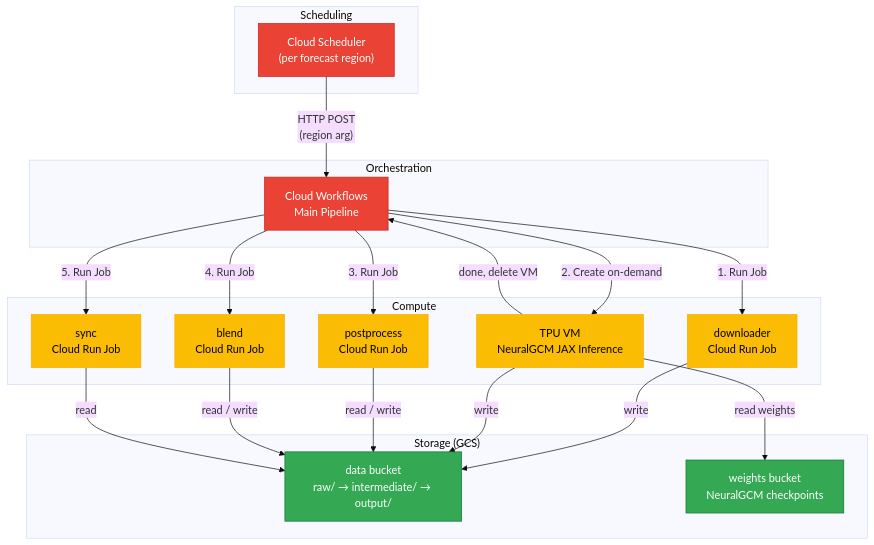
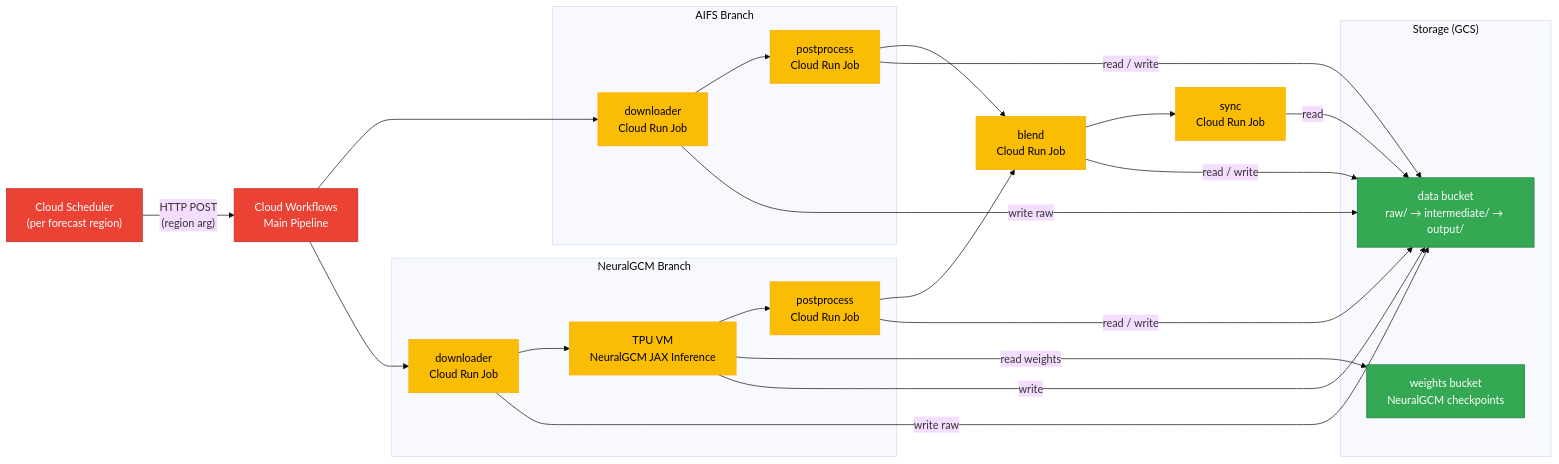
One commit to envfluids/monsoon-onset changed the diagram in CLOUD_ARCHITECTURE.md. Above: the diagram before and after it, drawn with Mermaid (base theme).

Commit message:
refine diagram

````diff
--- a/CLOUD_ARCHITECTURE.md
+++ b/CLOUD_ARCHITECTURE.md
@@ -5,40 +5,57 @@
 ```mermaid
-graph TD
-    subgraph Scheduling
-        Sched["Cloud Scheduler\n(per forecast region)"]
+graph LR
+    Sched["Cloud Scheduler\n(per forecast region)"]
+    Workflow["Cloud Workflows\nMain Pipeline"]
+
+    subgraph "AIFS Branch"
+        AIFSDownload["downloader\nCloud Run Job"]
+        AIFSPostprocess["postprocess\nCloud Run Job"]
     end
 
-    subgraph Orchestration
-        Sched -- "HTTP POST\n(region arg)" --> Workflow["Cloud Workflows\nMain Pipeline"]
+    subgraph "NeuralGCM Branch"
+        NGCMDownload["downloader\nCloud Run Job"]
+        TPU["TPU VM\nNeuralGCM JAX Inference"]
+        NGCMPostprocess["postprocess\nCloud Run Job"]
     end
 
-    subgraph "Compute"
-        Workflow -- "1. Run Job" --> Downloader["downloader\nCloud Run Job"]
-        Workflow -- "2. Create on-demand" --> TPU["TPU VM\nNeuralGCM JAX Inference"]
-        TPU -- "done, delete VM" --> Workflow
-        Workflow -- "3. Run Job" --> Postprocess["postprocess\nCloud Run Job"]
-        Workflow -- "4. Run Job" --> Blend["blend\nCloud Run Job"]
-        Workflow -- "5. Run Job" --> Sync["sync\nCloud Run Job"]
-    end
+    Blend["blend\nCloud Run Job"]
+    Sync["sync\nCloud Run Job"]
 
     subgraph "Storage (GCS)"
         MainBucket["data bucket\nraw/ → intermediate/ → output/"]
         WeightsBucket["weights bucket\nNeuralGCM checkpoints"]
     end
 
+    %% Orchestration
+    Sched -- "HTTP POST\n(region arg)" --> Workflow
+    Workflow --> AIFSDownload
+    Workflow --> NGCMDownload
+
+    %% AIFS branch
+    AIFSDownload --> AIFSPostprocess
+
+    %% NeuralGCM branch
+    NGCMDownload --> TPU
+    TPU --> NGCMPostprocess
+
+    %% Converge
+    AIFSPostprocess --> Blend
+    NGCMPostprocess --> Blend
+    Blend --> Sync
+
     %% Data flow
-    Downloader -- "write" --> MainBucket
+    AIFSDownload & NGCMDownload -- "write raw" --> MainBucket
     TPU -- "read weights" --> WeightsBucket
     TPU -- "write" --> MainBucket
-    Postprocess -- "read / write" --> MainBucket
+    AIFSPostprocess & NGCMPostprocess -- "read / write" --> MainBucket
     Blend -- "read / write" --> MainBucket
     Sync -- "read" --> MainBucket
 
 classDef storage fill:#34a853,color:#fff,stroke:#137333
 classDef compute fill:#fbbc04,color:#000,stroke:#f9ab00
 classDef orchestration fill:#ea4335,color:#fff,stroke:#c5221f
 
 class Sched,Workflow orchestration
-class Downloader,Postprocess,Blend,Sync,TPU compute
+class AIFSDownload,AIFSPostprocess,NGCMDownload,TPU,NGCMPostprocess,Blend,Sync compute
 class MainBucket,WeightsBucket storage
 ```
````
